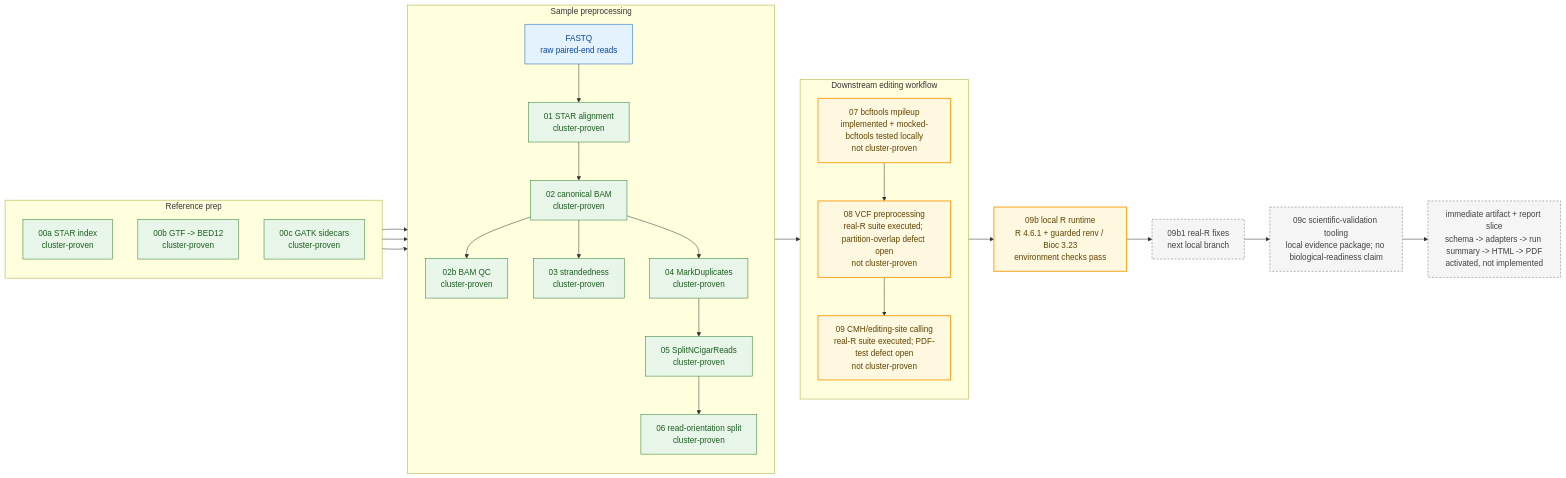
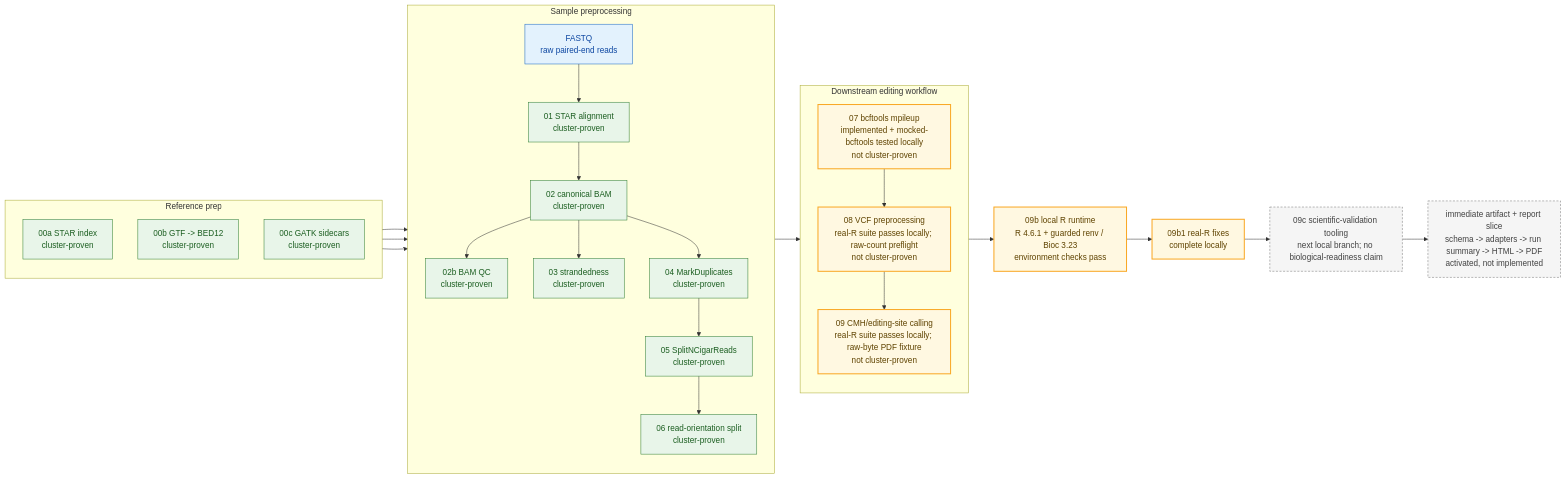
The first of 2 diagrams in docs/architecture/ARCHITECTURE.md (lab-cats/EMRYS), drawn with Mermaid before and after one commit. The commit also changed other lines of this file and 14 other files, not shown here.

````diff
--- a/docs/architecture/ARCHITECTURE.md
+++ b/docs/architecture/ARCHITECTURE.md
@@ -46,52 +48,52 @@
 ```mermaid
 flowchart LR
     classDef proven fill:#e8f5e9,stroke:#2e7d32,color:#1b5e20
     classDef boundary fill:#fff8e1,stroke:#f9a825,color:#5f4300,stroke-width:2px
     classDef pending fill:#f5f5f5,stroke:#757575,color:#424242,stroke-dasharray:4 3
     classDef input fill:#e3f2fd,stroke:#1565c0,color:#0d47a1
 
     subgraph ref["Reference prep"]
         direction TB
         s00a["00a STAR index<br/>cluster-proven"]
         s00b["00b GTF -> BED12<br/>cluster-proven"]
         s00c["00c GATK sidecars<br/>cluster-proven"]
     end
 
     subgraph sample["Sample preprocessing"]
         direction TB
         fastq["FASTQ<br/>raw paired-end reads"]
         s01["01 STAR alignment<br/>cluster-proven"]
         s02["02 canonical BAM<br/>cluster-proven"]
         s02b["02b BAM QC<br/>cluster-proven"]
         s03["03 strandedness<br/>cluster-proven"]
         s04["04 MarkDuplicates<br/>cluster-proven"]
         s05["05 SplitNCigarReads<br/>cluster-proven"]
         s06["06 read-orientation split<br/>cluster-proven"]
     end
 
     subgraph downstream["Downstream editing workflow"]
         direction TB
         s07["07 bcftools mpileup<br/>implemented + mocked-bcftools tested locally<br/>not cluster-proven"]
-        s08["08 VCF preprocessing<br/>real-R suite executed; partition-overlap defect open<br/>not cluster-proven"]
-        s09["09 CMH/editing-site calling<br/>real-R suite executed; PDF-test defect open<br/>not cluster-proven"]
+        s08["08 VCF preprocessing<br/>real-R suite passes locally; raw-count preflight<br/>not cluster-proven"]
+        s09["09 CMH/editing-site calling<br/>real-R suite passes locally; raw-byte PDF fixture<br/>not cluster-proven"]
     end
 
     localr["09b local R runtime<br/>R 4.6.1 + guarded renv / Bioc 3.23<br/>environment checks pass"]
-    fixes["09b1 real-R fixes<br/>next local branch"]
-    science["09c scientific-validation tooling<br/>local evidence package; no biological-readiness claim"]
+    fixes["09b1 real-R fixes<br/>complete locally"]
+    science["09c scientific-validation tooling<br/>next local branch; no biological-readiness claim"]
     reports["immediate artifact + report slice<br/>schema -> adapters -> run summary -> HTML -> PDF<br/>activated, not implemented"]
 
     fastq --> s01 --> s02
     s00a --> s01
     s00b --> s03
     s00c --> s05
     s02 --> s02b
     s02 --> s03
     s02 --> s04 --> s05 --> s06 --> s07 --> s08 --> s09
     s09 --> localr --> fixes --> science --> reports
 
     class fastq input
     class s00a,s00b,s00c,s01,s02,s02b,s03,s04,s05,s06 proven
-    class s07,s08,s09,localr boundary
-    class fixes,science,reports pending
+    class s07,s08,s09,localr,fixes boundary
+    class science,reports pending
 ```
````
